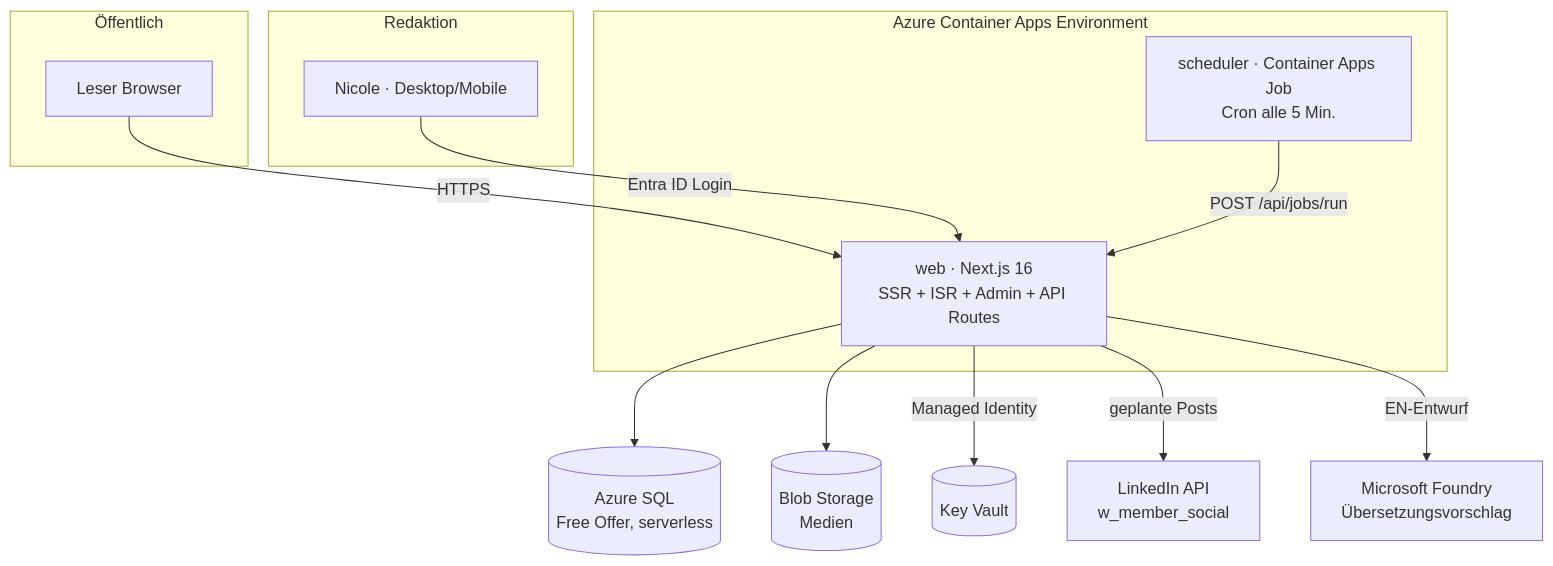
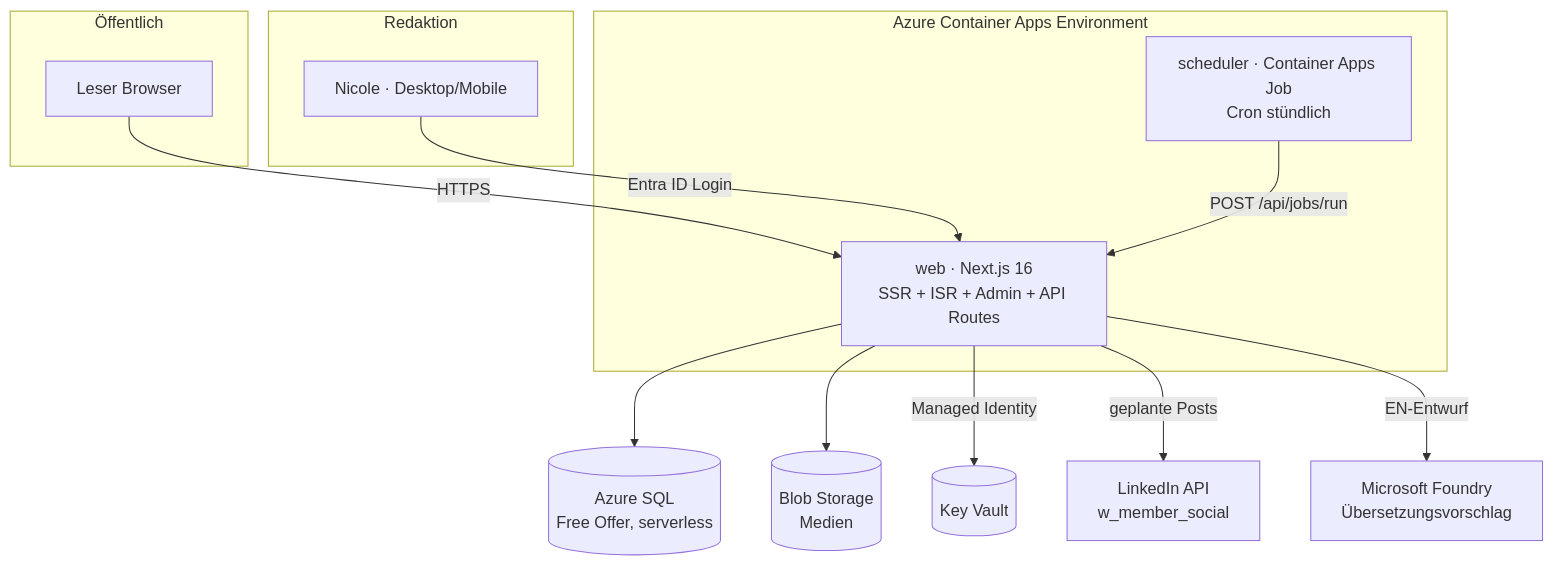
The first of 4 diagrams in docs/SPEC.md (nicolenders/die-agentin), drawn with Mermaid before and after one commit. The commit also changed other lines of this file and 27 other files, not shown here.

````diff
--- a/docs/SPEC.md
+++ b/docs/SPEC.md
@@ -40,27 +40,27 @@
 ```mermaid
 flowchart TB
   subgraph Public["Öffentlich"]
     R[Leser Browser]
   end
   subgraph Admin["Redaktion"]
     A[Nicole · Desktop/Mobile]
   end
   subgraph ACA["Azure Container Apps Environment"]
     WEB["web · Next.js 16<br/>SSR + ISR + Admin + API Routes"]
-    JOB["scheduler · Container Apps Job<br/>Cron alle 5 Min."]
+    JOB["scheduler · Container Apps Job<br/>Cron stündlich"]
   end
   KV[("Key Vault")]
   SQL[("Azure SQL<br/>Free Offer, serverless")]
   BLOB[("Blob Storage<br/>Medien")]
   LI["LinkedIn API<br/>w_member_social"]
   AI["Microsoft Foundry<br/>Übersetzungsvorschlag"]
 
   R -->|HTTPS| WEB
   A -->|Entra ID Login| WEB
   WEB --> SQL
   WEB --> BLOB
   WEB -->|Managed Identity| KV
   JOB -->|POST /api/jobs/run| WEB
   WEB -->|geplante Posts| LI
   WEB -->|EN-Entwurf| AI
 ```
````
